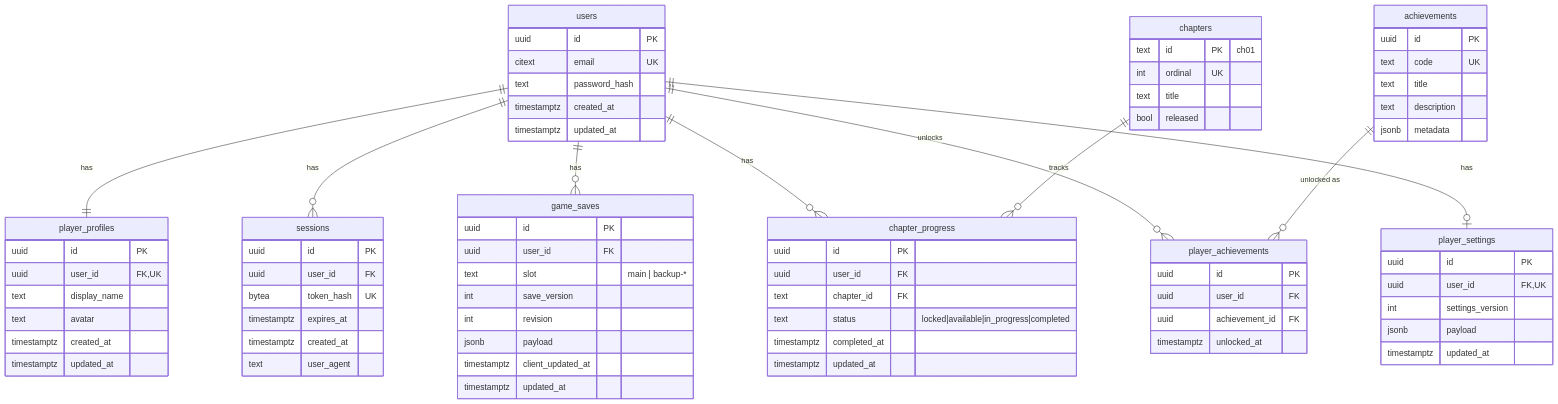
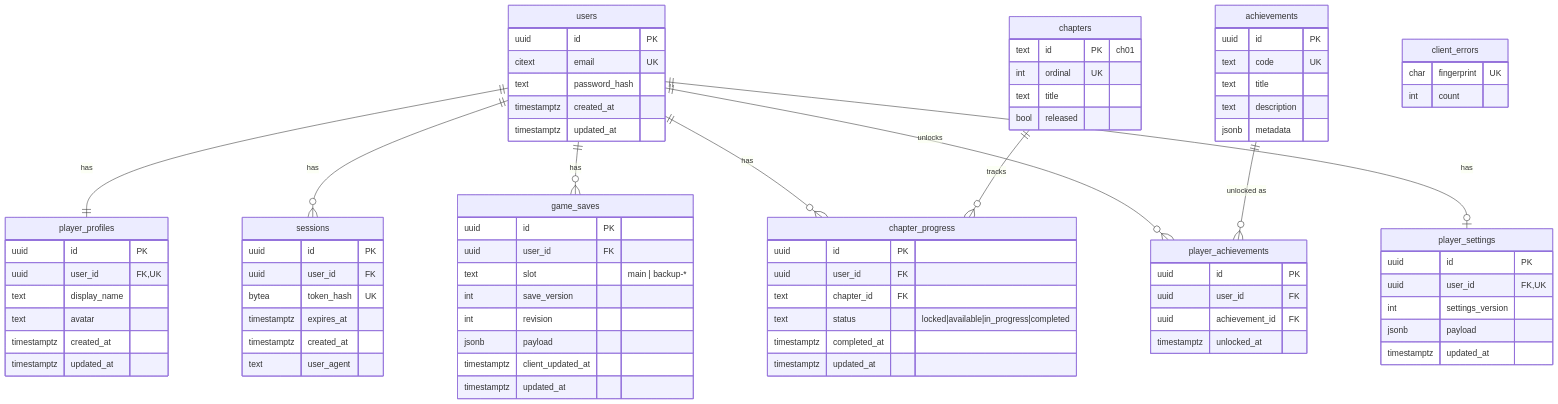
The diagram in docs/architecture/DATABASE.md (sage-manas/TheMargin), drawn with Mermaid before and after one commit. The commit also changed other lines of this file and 34 other files, not shown here.

````diff
--- a/docs/architecture/DATABASE.md
+++ b/docs/architecture/DATABASE.md
@@ -17,61 +17,63 @@
 ```mermaid
 erDiagram
   users ||--|| player_profiles : has
   users ||--o{ sessions : has
   users ||--o{ game_saves : has
   users ||--o{ chapter_progress : has
   chapters ||--o{ chapter_progress : tracks
   users ||--o{ player_achievements : unlocks
   achievements ||--o{ player_achievements : "unlocked as"
   users ||--o| player_settings : has
+  client_errors { char fingerprint UK
+                  int count }
 
   users { uuid id PK
           citext email UK
           text password_hash
           timestamptz created_at
           timestamptz updated_at }
   sessions { uuid id PK
              uuid user_id FK
              bytea token_hash UK
              timestamptz expires_at
              timestamptz created_at
              text user_agent }
   player_profiles { uuid id PK
                     uuid user_id FK,UK
                     text display_name
                     text avatar
                     timestamptz created_at
                     timestamptz updated_at }
   game_saves { uuid id PK
                uuid user_id FK
                text slot "main | backup-*"
                int save_version
                int revision
                jsonb payload
                timestamptz client_updated_at
                timestamptz updated_at }
   chapters { text id PK "ch01"
              int ordinal UK
              text title
              bool released }
   chapter_progress { uuid id PK
                      uuid user_id FK
                      text chapter_id FK
                      text status "locked|available|in_progress|completed"
                      timestamptz completed_at
                      timestamptz updated_at }
   achievements { uuid id PK
                  text code UK
                  text title
                  text description
                  jsonb metadata }
   player_achievements { uuid id PK
                         uuid user_id FK
                         uuid achievement_id FK
                         timestamptz unlocked_at }
   player_settings { uuid id PK
                     uuid user_id FK,UK
                     int settings_version
                     jsonb payload
                     timestamptz updated_at }
 ```
````
